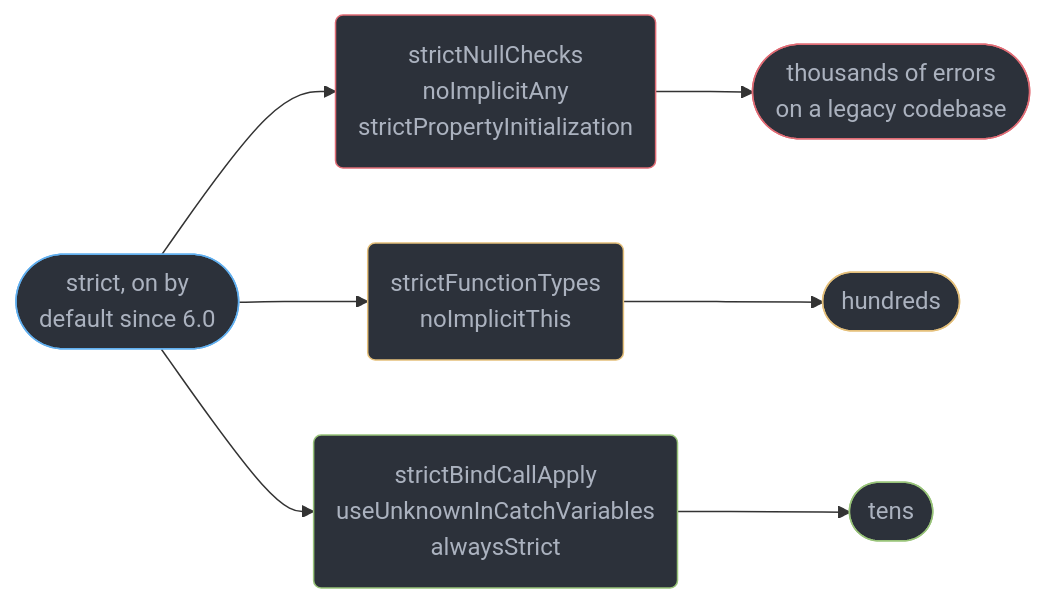
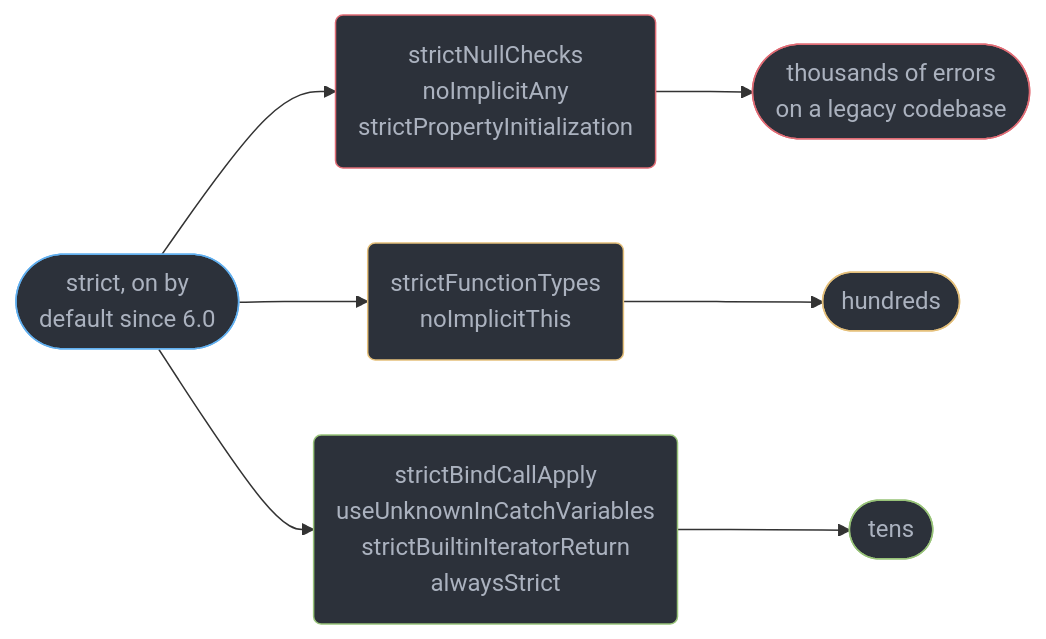
The fifth of 6 diagrams in src/main/java/com/rutik/systemdesign/typescript/typescript_fundamentals_and_tsconfig/typescript_fundamentals_and_tsconfig.md (rppol/system-design), drawn with Mermaid before and after one commit. The commit also changed other lines of this file and 655 other files, not shown here.

````diff
--- a/src/main/java/com/rutik/systemdesign/typescript/typescript_fundamentals_and_tsconfig/typescript_fundamentals_and_tsconfig.md
+++ b/src/main/java/com/rutik/systemdesign/typescript/typescript_fundamentals_and_tsconfig/typescript_fundamentals_and_tsconfig.md
@@ -232,21 +232,21 @@
 ```mermaid
 flowchart LR
     classDef src  fill:#2c313a,stroke:#61afef,color:#abb2bf
     classDef bad  fill:#2c313a,stroke:#e06c75,color:#abb2bf
     classDef note fill:#2c313a,stroke:#e5c07b,color:#abb2bf
     classDef ok   fill:#2c313a,stroke:#98c379,color:#abb2bf
     s(["strict, on by<br/>default since 6.0"])
     heavy("strictNullChecks<br/>noImplicitAny<br/>strictPropertyInitialization")
     mid("strictFunctionTypes<br/>noImplicitThis")
-    light("strictBindCallApply<br/>useUnknownInCatchVariables<br/>alwaysStrict")
+    light("strictBindCallApply<br/>useUnknownInCatchVariables<br/>strictBuiltinIteratorReturn<br/>alwaysStrict")
     c1(["thousands of errors<br/>on a legacy codebase"])
     c2(["hundreds"])
     c3(["tens"])
     s --> heavy --> c1
     s --> mid --> c2
     s --> light --> c3
     class s src
     class heavy,c1 bad
     class mid,c2 note
     class light,c3 ok
 ```
````
